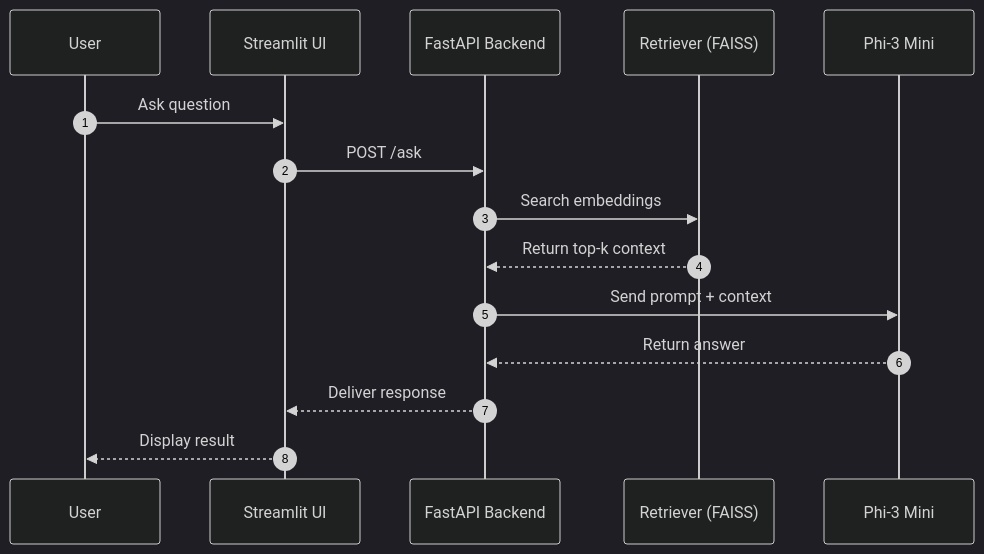
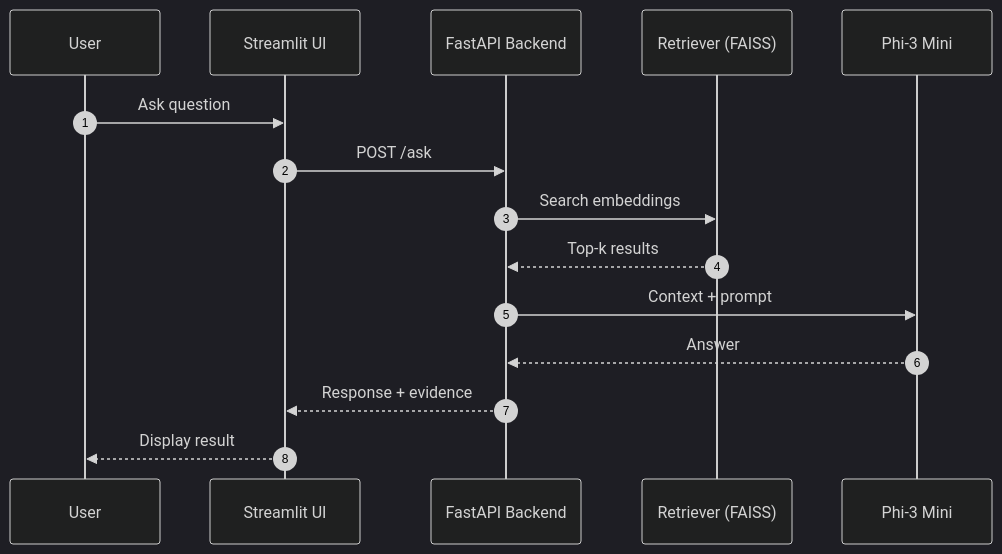
The third of 3 diagrams in README.md (JDede1/rag-project), drawn with Mermaid (dark theme) before and after one commit. The commit also changed other lines of this file, not shown here.

Commit message:
Updated README: Fixed mermaid diagrams

````diff
--- a/README.md
+++ b/README.md
@@ -108,18 +84,18 @@
 ```mermaid
 sequenceDiagram
     autonumber
     participant U as User
     participant UI as Streamlit UI
     participant API as FastAPI Backend
     participant RET as Retriever (FAISS)
     participant GEN as Phi-3 Mini
 
     U->>UI: Ask question
     UI->>API: POST /ask
     API->>RET: Search embeddings
-    RET-->>API: Return top-k context
-    API->>GEN: Send prompt + context
-    GEN-->>API: Return answer
-    API-->>UI: Deliver response
+    RET-->>API: Top-k results
+    API->>GEN: Context + prompt
+    GEN-->>API: Answer
+    API-->>UI: Response + evidence
     UI-->>U: Display result
 ```
````
